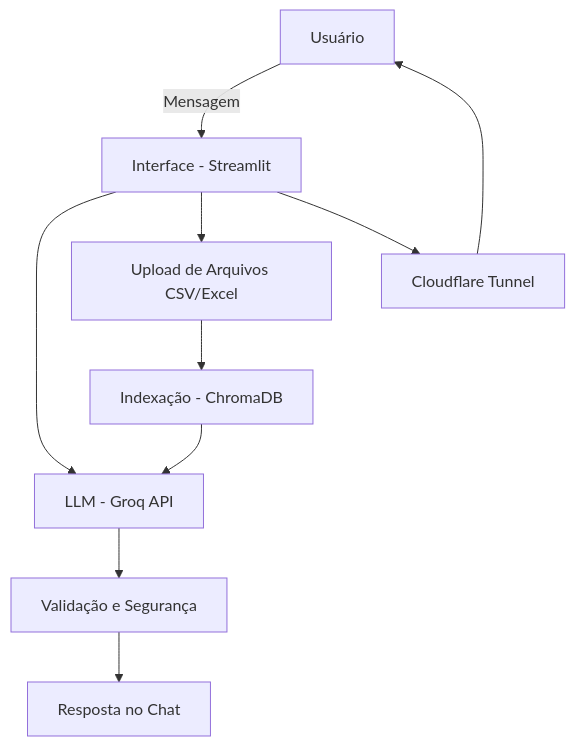
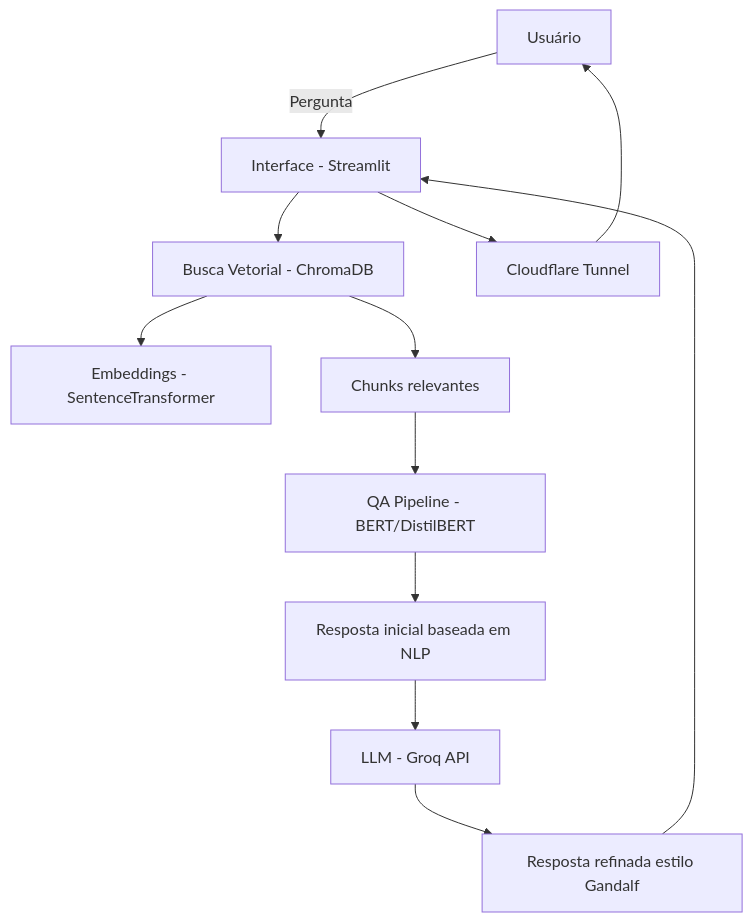
Before and after one commit to 5qU4llV777/Assistente-Virtual-com-Inteligencia-Artificial: the diagram in README.md, drawn with Mermaid. The commit also changed 1 other file, not shown here.

````diff
--- a/README.md
+++ b/README.md
@@ -41,13 +41,16 @@
 ```mermaid
 flowchart TD
-    A[Usuário] -->|Mensagem| B[Interface - Streamlit]
-    B --> C[LLM - Groq API]
-    B --> D[Upload de Arquivos CSV/Excel]
-    D --> E[Indexação - ChromaDB]
-    E --> C
-    C --> F[Validação e Segurança]
-    F --> G[Resposta no Chat]
-    B --> H[Cloudflare Tunnel]
-    H --> A
+    A[Usuário] -->|Pergunta| B[Interface - Streamlit]
+    B --> C[Busca Vetorial - ChromaDB]
+    C --> D[Embeddings - SentenceTransformer]
+    C --> E[Chunks relevantes]
+    E --> F[QA Pipeline - BERT/DistilBERT]
+    F --> G[Resposta inicial baseada em NLP]
+    G --> H[LLM - Groq API]
+    H --> I[Resposta refinada estilo Gandalf]
+    I --> B
+    B --> J[Cloudflare Tunnel]
+    J --> A
+
 
 ```
````
